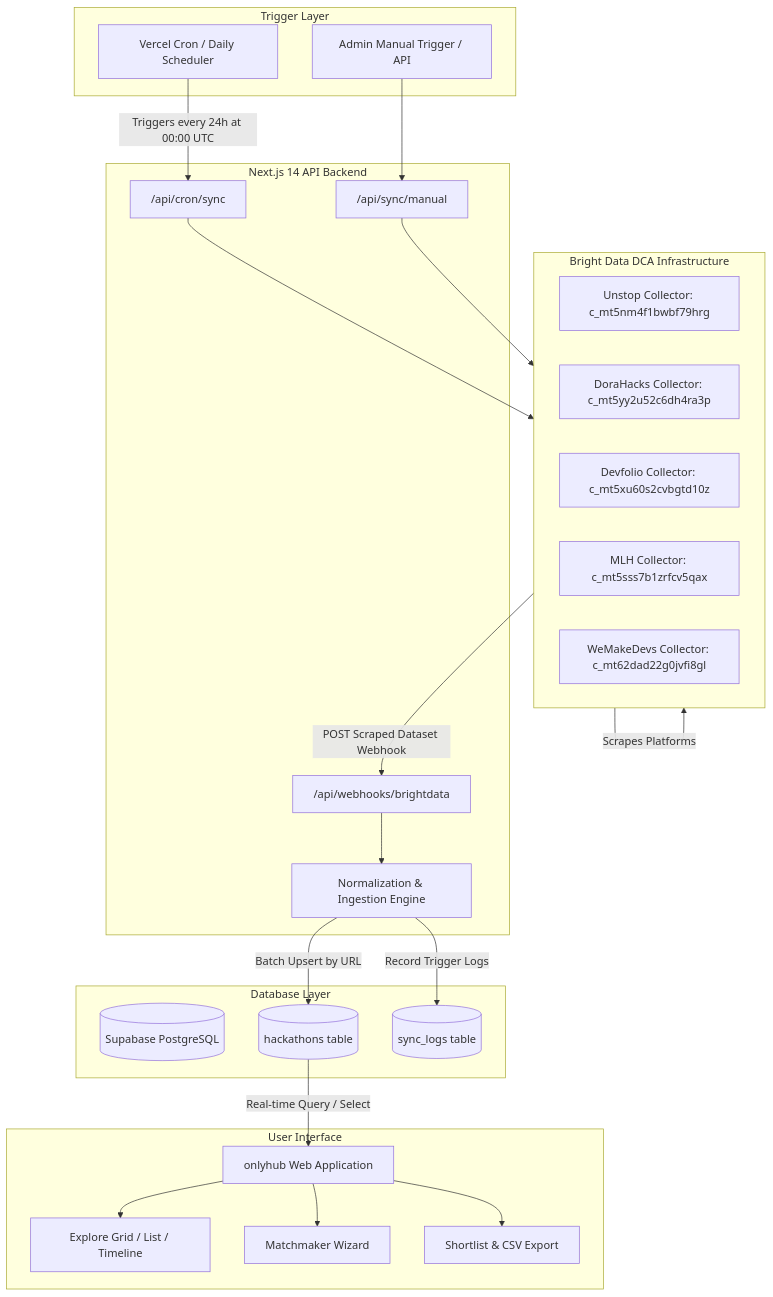
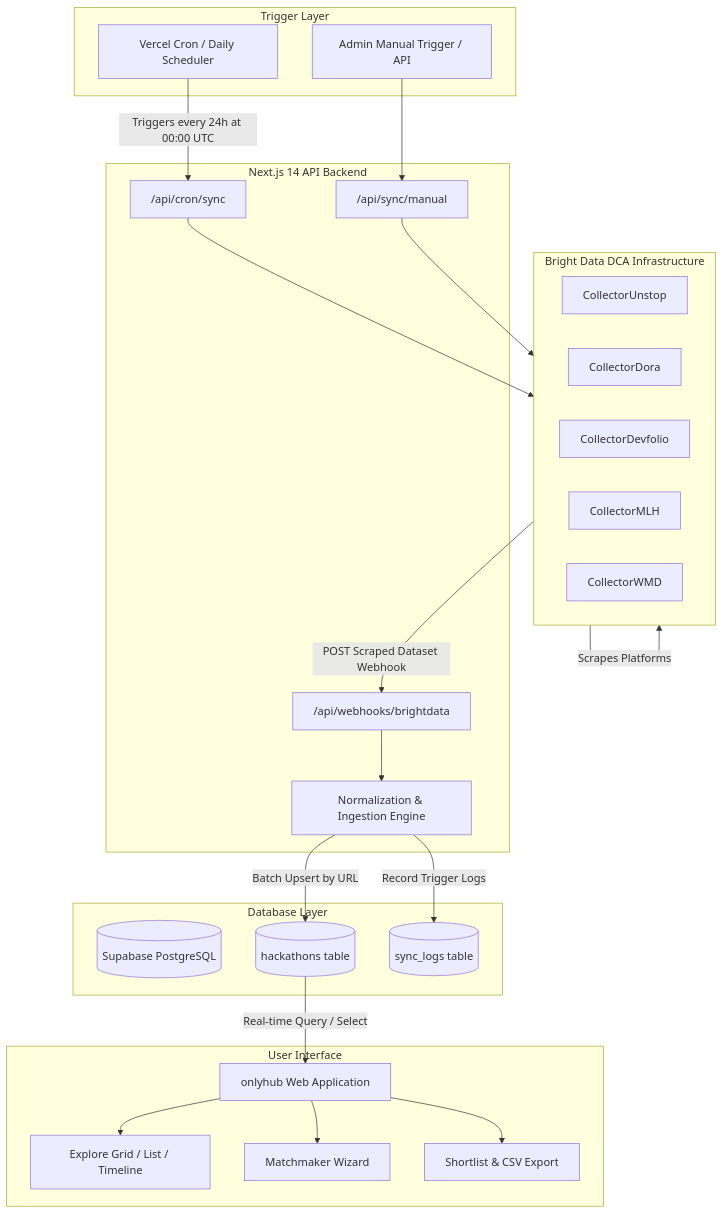
The diagram in README.md (TuhinBanerjee31/onlyhub), drawn with Mermaid before and after one commit. The commit also changed other lines of this file, not shown here.

````diff
--- a/README.md
+++ b/README.md
@@ -76,51 +76,51 @@
 ```mermaid
 flowchart TD
     subgraph Schedulers [Trigger Layer]
         VC[Vercel Cron / Daily Scheduler]
         Manual[Admin Manual Trigger / API]
     end
 
     subgraph BrightData [Bright Data DCA Infrastructure]
-        CollectorUnstop[Unstop Collector: c_mt5nm4f1bwbf79hrg]
-        CollectorDora[DoraHacks Collector: c_mt5yy2u52c6dh4ra3p]
-        CollectorDevfolio[Devfolio Collector: c_mt5xu60s2cvbgtd10z]
-        CollectorMLH[MLH Collector: c_mt5sss7b1zrfcv5qax]
-        CollectorWMD[WeMakeDevs Collector: c_mt62dad22g0jvfi8gl]
+        CollectorUnstop
+        CollectorDora
+        CollectorDevfolio
+        CollectorMLH
+        CollectorWMD
     end
 
     subgraph Backend [Next.js 14 API Backend]
         CronRoute["/api/cron/sync"]
         WebhookRoute["/api/webhooks/brightdata"]
         ManualRoute["/api/sync/manual"]
         NormEngine[Normalization & Ingestion Engine]
     end
 
     subgraph Storage [Database Layer]
         Supabase[(Supabase PostgreSQL)]
         HackTable[(hackathons table)]
         LogTable[(sync_logs table)]
     end
 
     subgraph Client [User Interface]
         Web[onlyhub Web Application]
         Explore[Explore Grid / List / Timeline]
         Matchmaker[Matchmaker Wizard]
         Tracker[Shortlist & CSV Export]
     end
 
     VC -->|Triggers every 24h at 00:00 UTC| CronRoute
     Manual --> ManualRoute
     CronRoute --> BrightData
     ManualRoute --> BrightData
 
     BrightData -->|Scrapes Platforms| BrightData
     BrightData -->|POST Scraped Dataset Webhook| WebhookRoute
     WebhookRoute --> NormEngine
     NormEngine -->|Batch Upsert by URL| HackTable
     NormEngine -->|Record Trigger Logs| LogTable
 
     HackTable -->|Real-time Query / Select| Web
     Web --> Explore
     Web --> Matchmaker
     Web --> Tracker
 ```
````
